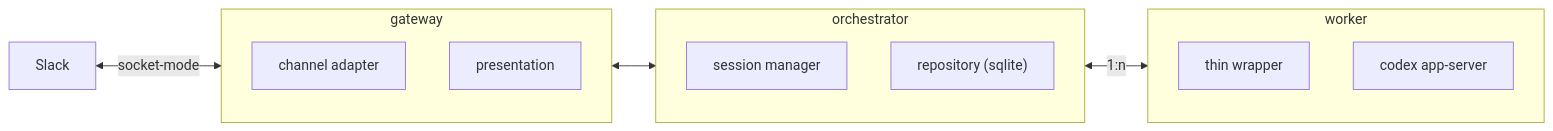
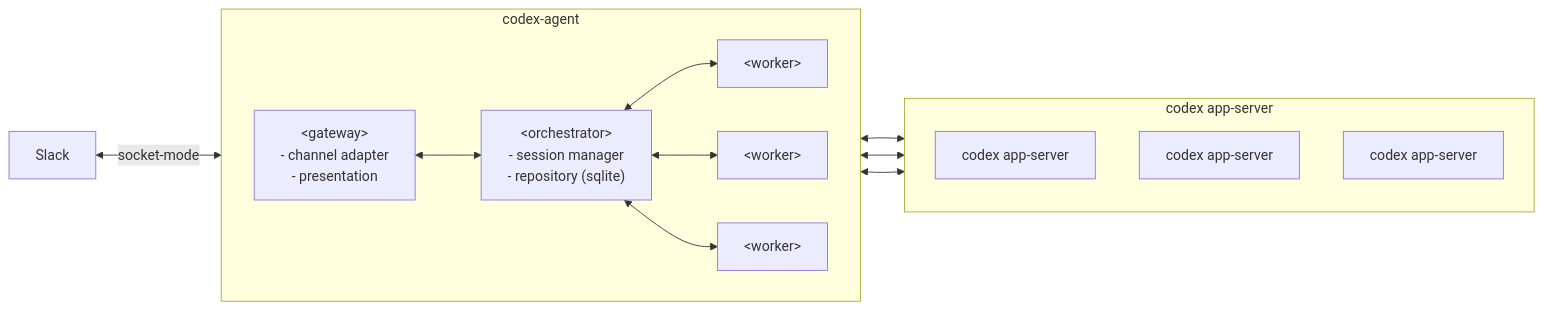
Before and after one commit to yuya296/codex-agent: the diagram in docs/architecture_overview.md, drawn with Mermaid. The commit also changed other lines of this file, not shown here.

Commit message:
doc: 俯瞰図の表現を調整
- 変更理由: codex-agent配下と外部システムの境界が分かる図に整理した
- 変更理由: サブシステム名を<>表記にして説明と視覚的に分離した
- 動作確認: ドキュメント修正のみのため未実施

````diff
--- a/docs/architecture_overview.md
+++ b/docs/architecture_overview.md
@@ -15,29 +15,32 @@
 ```mermaid
 flowchart LR
   Slack["Slack"]
 
-  subgraph Gateway["gateway"]
+  subgraph CodexAgent["codex-agent"]
+    direction LR
+
+    Gateway["&lt;gateway&gt;<br/>- channel adapter<br/>- presentation"]
+    Orchestrator["&lt;orchestrator&gt;<br/>- session manager<br/>- repository (sqlite)"]
+    Worker1["&lt;worker&gt;"]
+    Worker2["&lt;worker&gt;"]
+    Worker3["&lt;worker&gt;"]
+
+    Gateway <--> Orchestrator
+    Orchestrator <--> Worker1
+    Orchestrator <--> Worker2
+    Orchestrator <--> Worker3
+  end
+
+  subgraph CodexCluster["codex app-server"]
     direction TB
 
-    G1["channel adapter"]
-    G2["presentation"]
-  end
-
-  subgraph Orchestrator["orchestrator"]
-    direction TB
-
-    O1["session manager"]
-    O2["repository (sqlite)"]
-  end
-
-  subgraph Worker["worker"]
-    direction TB
-
-    W1["thin wrapper"]
-    W2["codex app-server"]
+    Codex1["codex app-server"]
+    Codex2["codex app-server"]
+    Codex3["codex app-server"]
   end
 
   Slack <-->|socket-mode| Gateway
-  Gateway <--> Orchestrator
-  Orchestrator <-->|1:n| Worker
+  Worker1 <--> Codex1
+  Worker2 <--> Codex2
+  Worker3 <--> Codex3
 ```
````
